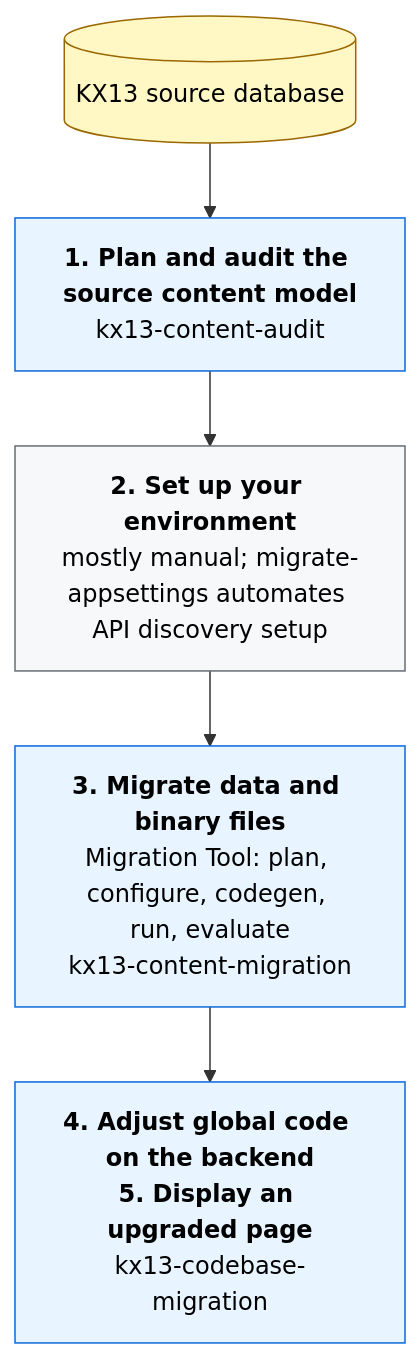
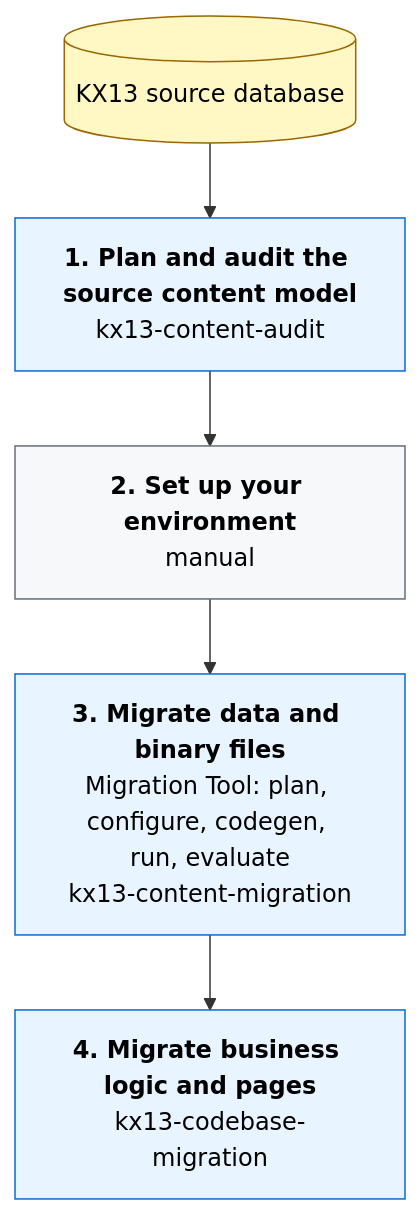
The diagram in docs/KX13-Upgrade-Plugins.md (Kentico/xperience-by-kentico-kenticopilot), drawn with Mermaid before and after one commit. The commit also changed other lines of this file and 2 other files, not shown here.

````diff
--- a/docs/KX13-Upgrade-Plugins.md
+++ b/docs/KX13-Upgrade-Plugins.md
@@ -19,19 +21,19 @@
 ```mermaid
 flowchart TD
     db[(KX13 source database)]
     audit["<b>1. Plan and audit the source content model</b><br/>kx13-content-audit"]
-    env["<b>2. Set up your environment</b><br/>mostly manual; migrate-appsettings automates API discovery setup"]
+    env["<b>2. Set up your environment</b><br/>manual"]
     data["<b>3. Migrate data and binary files</b><br/>Migration Tool: plan, configure, codegen, run, evaluate<br/>kx13-content-migration"]
-    code["<b>4. Adjust global code on the backend</b><br/><b>5. Display an upgraded page</b><br/>kx13-codebase-migration"]
+    code["<b>4. Migrate business logic and pages</b><br/>kx13-codebase-migration"]
  
     db --> audit
     audit --> env
     env --> data
     data --> code
  
     style audit fill:#e8f4ff,stroke:#0969da,color:#000
     style data fill:#e8f4ff,stroke:#0969da,color:#000
     style code fill:#e8f4ff,stroke:#0969da,color:#000
     style env fill:#f6f8fa,stroke:#656d76,color:#000
     style db fill:#fff8c5,stroke:#9a6700,color:#000
 ```
````
